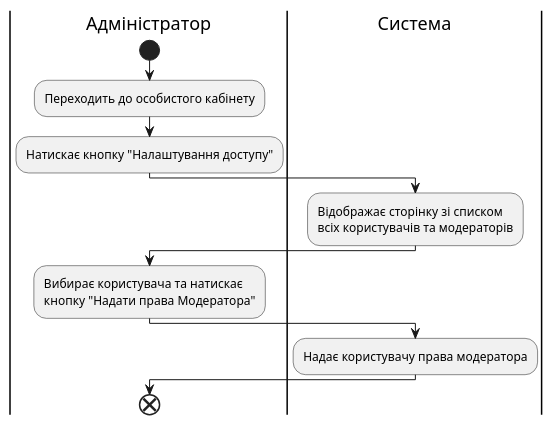
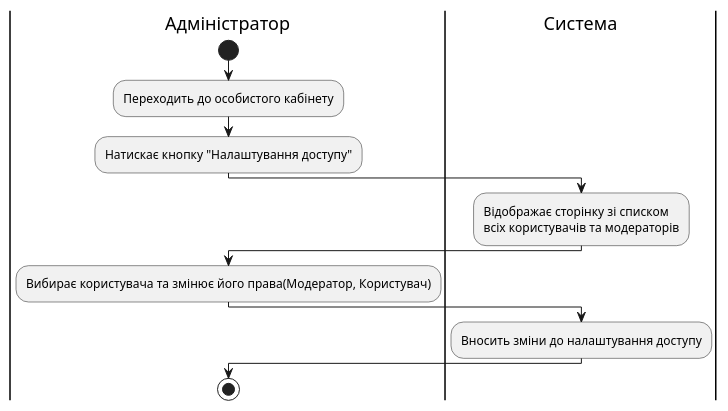
One commit to anrikolo/obd changed the diagram in src/uml/UC8.puml. Above: the diagram before and after it, drawn with PlantUML.

```diff
--- a/src/uml/UC8.puml
+++ b/src/uml/UC8.puml
@@ -1,16 +1,16 @@
 @startuml
 
     |Адміністратор|
     start
     :Переходить до особистого кабінету;
     |Адміністратор|
     :Натискає кнопку "Налаштування доступу";
     |Система|
     :Відображає сторінку зі списком \nвсіх користувачів та модераторів;
     |Адміністратор|
-    :Вибирає користувача та натискає \nкнопку "Надати права Модератора";
+    :Вибирає користувача та змінює його права(Модератор, Користувач);
     |Система|
-    :Надає користувачу права модератора;    
+    :Вносить зміни до налаштування доступу;    
     |Адміністратор|
-    end;
+    stop;
 @enduml
```
